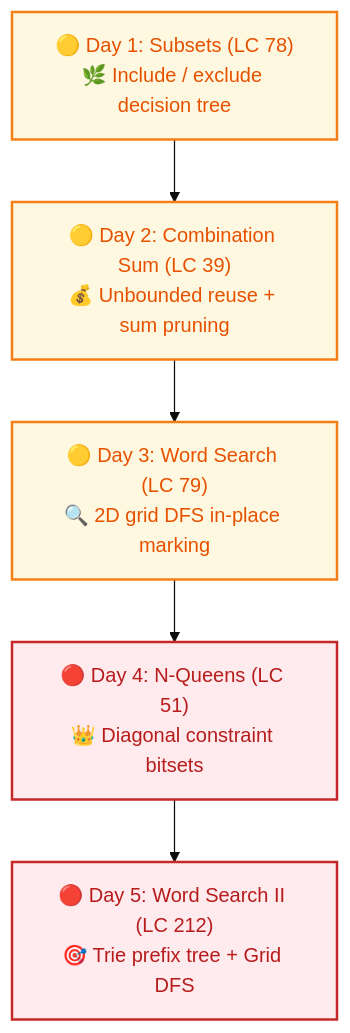
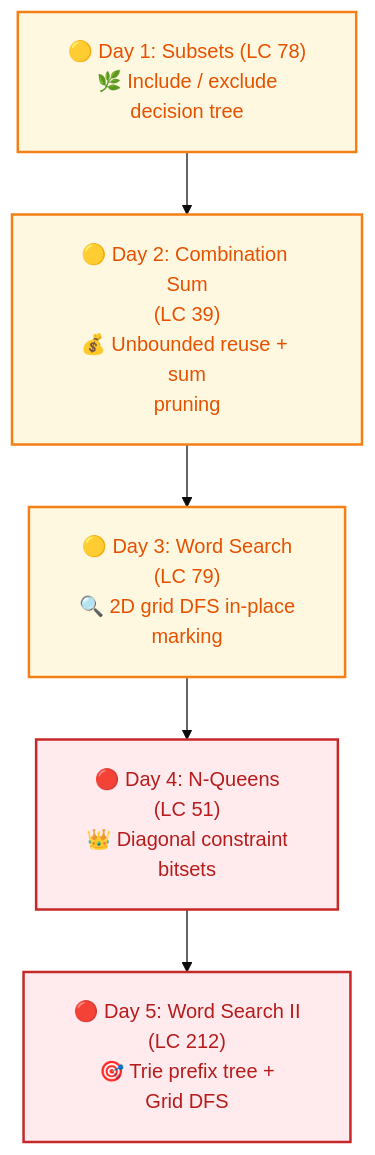
Before and after one commit to dip4k/DSA_102: the eighth of 19 diagrams in Senior_dsa_question_list.md, drawn with Mermaid (base theme). The commit also changed other lines of this file and 108 other files, not shown here.

First line of the commit message:
fix(mermaid): resolve diagram clipping, padding, and syntax issues across repo

````diff
--- a/Senior_dsa_question_list.md
+++ b/Senior_dsa_question_list.md
@@ -279,14 +286,15 @@
 ```mermaid
+%%{init: {"flowchart": {"htmlLabels": true, "padding": 20}}}%%
 flowchart TD
     classDef startNode fill:#e8f5e9,stroke:#2e7d32,stroke-width:2px,color:#1b5e20
     classDef midNode fill:#fff8e1,stroke:#f57f17,stroke-width:2px,color:#e65100
     classDef hardNode fill:#ffebee,stroke:#c62828,stroke-width:2px,color:#b71c1c
 
-    A["🟡 Day 1: Subsets (LC 78)<br/>🌿 Include / exclude decision tree"]:::midNode
-    B["🟡 Day 2: Combination Sum (LC 39)<br/>💰 Unbounded reuse + sum pruning"]:::midNode
-    C["🟡 Day 3: Word Search (LC 79)<br/>🔍 2D grid DFS in-place marking"]:::midNode
-    D["🔴 Day 4: N-Queens (LC 51)<br/>👑 Diagonal constraint bitsets"]:::hardNode
-    E["🔴 Day 5: Word Search II (LC 212)<br/>🎯 Trie prefix tree + Grid DFS"]:::hardNode
+    A["🟡 Day 1: Subsets (LC 78)<br/>🌿 Include / exclude<br/>decision tree"]:::midNode
+    B["🟡 Day 2: Combination Sum<br/>(LC 39)<br/>💰 Unbounded reuse + sum<br/>pruning"]:::midNode
+    C["🟡 Day 3: Word Search<br/>(LC 79)<br/>🔍 2D grid DFS in-place<br/>marking"]:::midNode
+    D["🔴 Day 4: N-Queens<br/>(LC 51)<br/>👑 Diagonal constraint<br/>bitsets"]:::hardNode
+    E["🔴 Day 5: Word Search II<br/>(LC 212)<br/>🎯 Trie prefix tree +<br/>Grid DFS"]:::hardNode
 
     A --> B --> C --> D --> E
 ```
````
